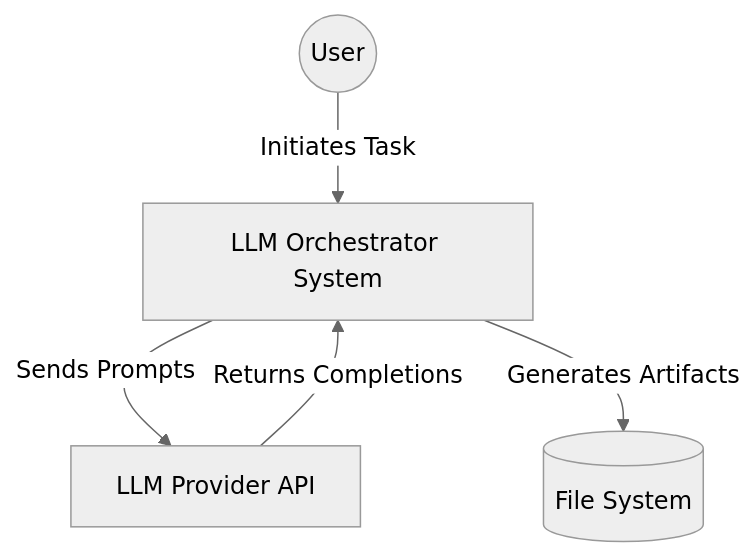
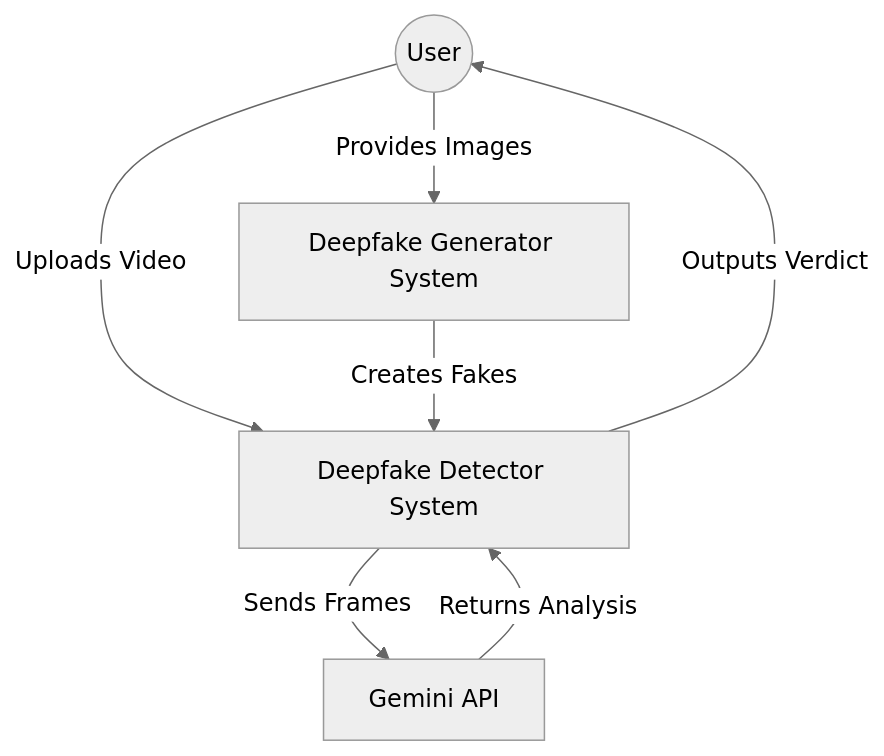
One commit to Itamarvs/LLMsOrchestration changed the first of 2 diagrams in docs/ARCHITECTURE.md. Above: the diagram before and after it, drawn with Mermaid (neutral theme). The commit also changed other lines of this file and 34 other files, not shown here.

````diff
--- a/docs/ARCHITECTURE.md
+++ b/docs/ARCHITECTURE.md
@@ -5,11 +5,14 @@
 ```mermaid
 graph TD
     User((User))
-    Orchestrator[LLM Orchestrator System]
-    LLM[LLM Provider API]
+    Detector[Deepfake Detector System]
+    Generator[Deepfake Generator System]
+    Gemini[Gemini API]
     
-    User -->|Initiates Task| Orchestrator
-    Orchestrator -->|Sends Prompts| LLM
-    LLM -->|Returns Completions| Orchestrator
-    Orchestrator -->|Generates Artifacts| FileSystem[(File System)]
+    User -->|Uploads Video| Detector
+    User -->|Provides Images| Generator
+    Generator -->|Creates Fakes| Detector
+    Detector -->|Sends Frames| Gemini
+    Gemini -->|Returns Analysis| Detector
+    Detector -->|Outputs Verdict| User
 ```
````
